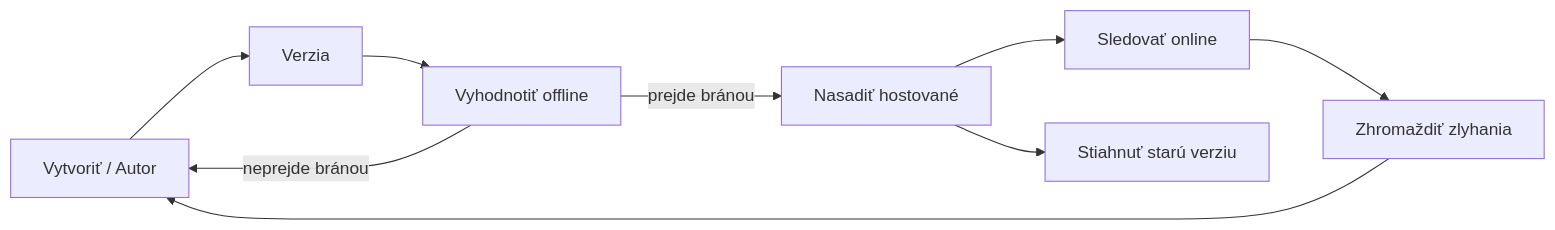
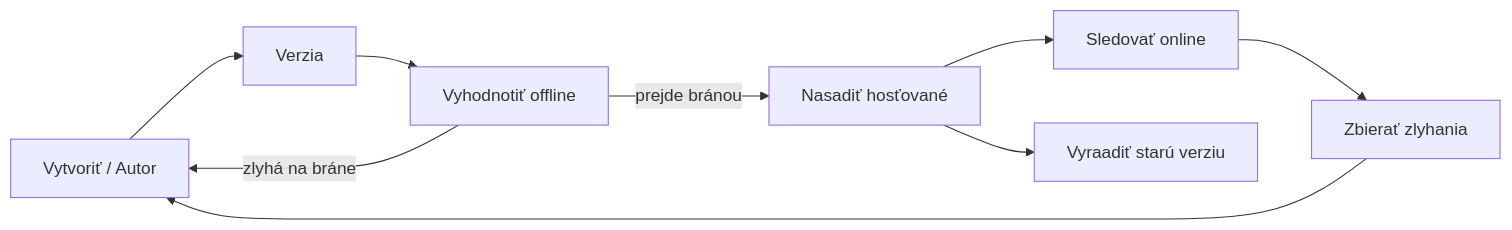
The second of 4 diagrams in mirrors/repos/microsoft@ai-agents-for-beginners/translations/sk/16-deploying-scalable-agents/README.md (gabrielmoreira/agent-skills-mirror), drawn with Mermaid before and after one commit. The commit also changed other lines of this file and 3581 other files, not shown here.

````diff
--- a/mirrors/repos/microsoft@ai-agents-for-beginners/translations/sk/16-deploying-scalable-agents/README.md
+++ b/mirrors/repos/microsoft@ai-agents-for-beginners/translations/sk/16-deploying-scalable-agents/README.md
@@ -108,11 +108,11 @@
 ```mermaid
 flowchart LR
     Create[Vytvoriť / Autor] --> Version[Verzia]
     Version --> Evaluate[Vyhodnotiť offline]
-    Evaluate -->|prejde bránou| Deploy[Nasadiť hostované]
-    Evaluate -->|neprejde bránou| Create
+    Evaluate -->|prejde bránou| Deploy[Nasadiť hosťované]
+    Evaluate -->|zlyhá na bráne| Create
     Deploy --> Observe[Sledovať online]
-    Observe --> Improve[Zhromaždiť zlyhania]
+    Observe --> Improve[Zbierať zlyhania]
     Improve --> Create
-    Deploy --> Retire[Stiahnuť starú verziu]
+    Deploy --> Retire[Vyraadiť starú verziu]
 ```
````
